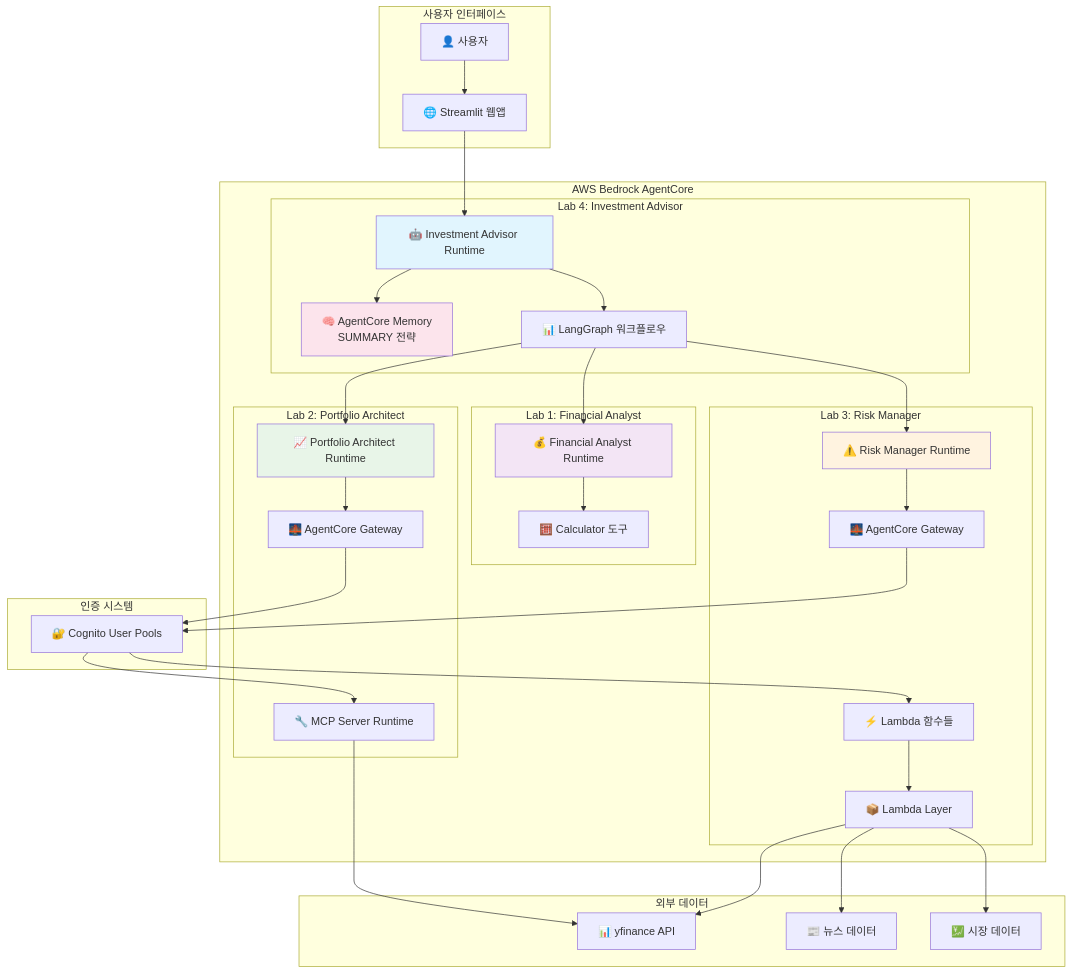
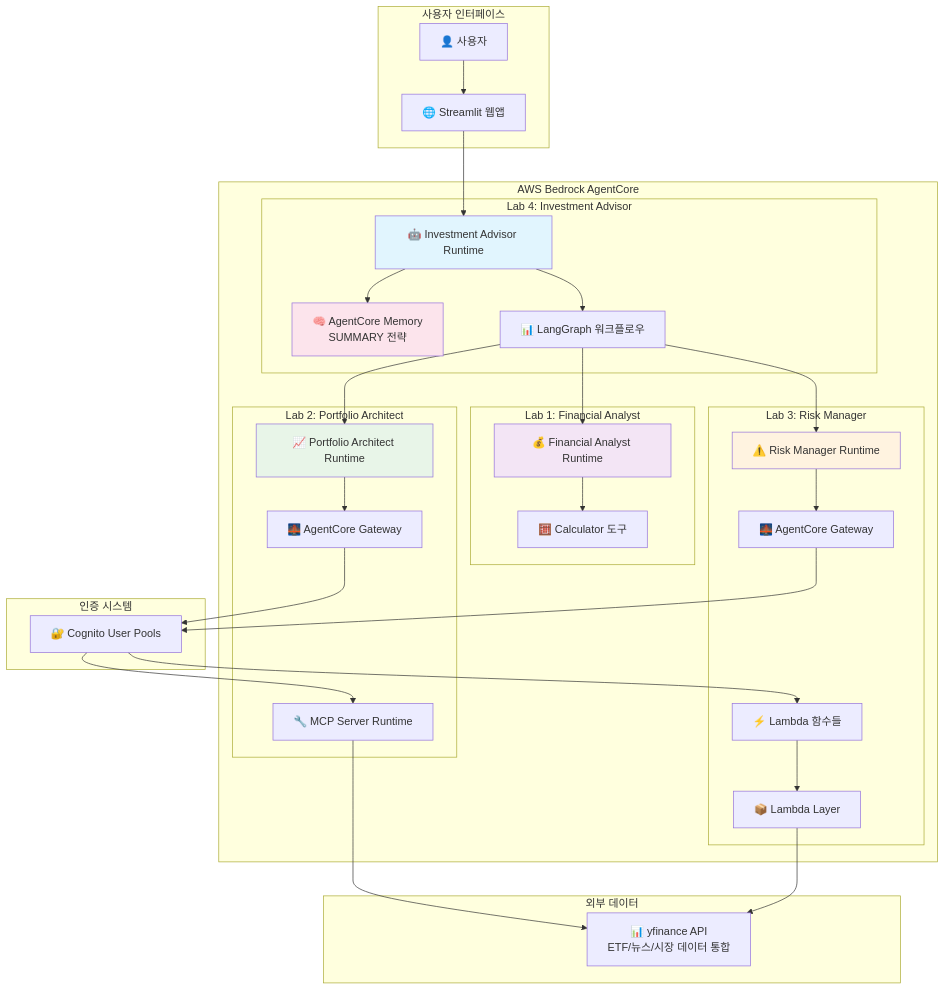
Before and after one commit to ksgsslee/investment_advisor_strands: the first of 6 diagrams in README.md, drawn with Mermaid. The commit also changed other lines of this file and 5 other files, not shown here.

````diff
--- a/README.md
+++ b/README.md
@@ -11,72 +11,68 @@
 ```mermaid
 graph TB
     subgraph "사용자 인터페이스"
         USER[👤 사용자]
         WEB[🌐 Streamlit 웹앱]
     end
     
     subgraph "AWS Bedrock AgentCore"
         subgraph "Lab 4: Investment Advisor"
             IA[🤖 Investment Advisor Runtime]
             MEMORY[🧠 AgentCore Memory<br/>SUMMARY 전략]
             LANGGRAPH[📊 LangGraph 워크플로우]
         end
         
         subgraph "Lab 1: Financial Analyst"
             FA[💰 Financial Analyst Runtime]
             CALC[🧮 Calculator 도구]
         end
         
         subgraph "Lab 2: Portfolio Architect"
             PA[📈 Portfolio Architect Runtime]
             GATEWAY1[🌉 AgentCore Gateway]
             MCP_SERVER[🔧 MCP Server Runtime]
         end
         
         subgraph "Lab 3: Risk Manager"
             RM[⚠️ Risk Manager Runtime]
             GATEWAY2[🌉 AgentCore Gateway]
             LAMBDA[⚡ Lambda 함수들]
             LAYER[📦 Lambda Layer]
         end
     end
     
     subgraph "외부 데이터"
-        YFINANCE[📊 yfinance API]
-        NEWS[📰 뉴스 데이터]
-        MARKET[💹 시장 데이터]
+        YFINANCE[📊 yfinance API<br/>ETF/뉴스/시장 데이터 통합]
     end
     
     subgraph "인증 시스템"
         COGNITO[🔐 Cognito User Pools]
     end
     
     USER --> WEB
     WEB --> IA
     IA --> LANGGRAPH
     LANGGRAPH --> FA
     LANGGRAPH --> PA
     LANGGRAPH --> RM
     
     FA --> CALC
     PA --> GATEWAY1
     GATEWAY1 --> COGNITO
     COGNITO --> MCP_SERVER
     MCP_SERVER --> YFINANCE
     
     RM --> GATEWAY2
     GATEWAY2 --> COGNITO
     COGNITO --> LAMBDA
     LAMBDA --> LAYER
     LAYER --> YFINANCE
-    LAYER --> NEWS
-    LAYER --> MARKET
     
     IA --> MEMORY
     
     style IA fill:#e1f5fe
     style FA fill:#f3e5f5
     style PA fill:#e8f5e8
     style RM fill:#fff3e0
     style MEMORY fill:#fce4ec
 ```
````
